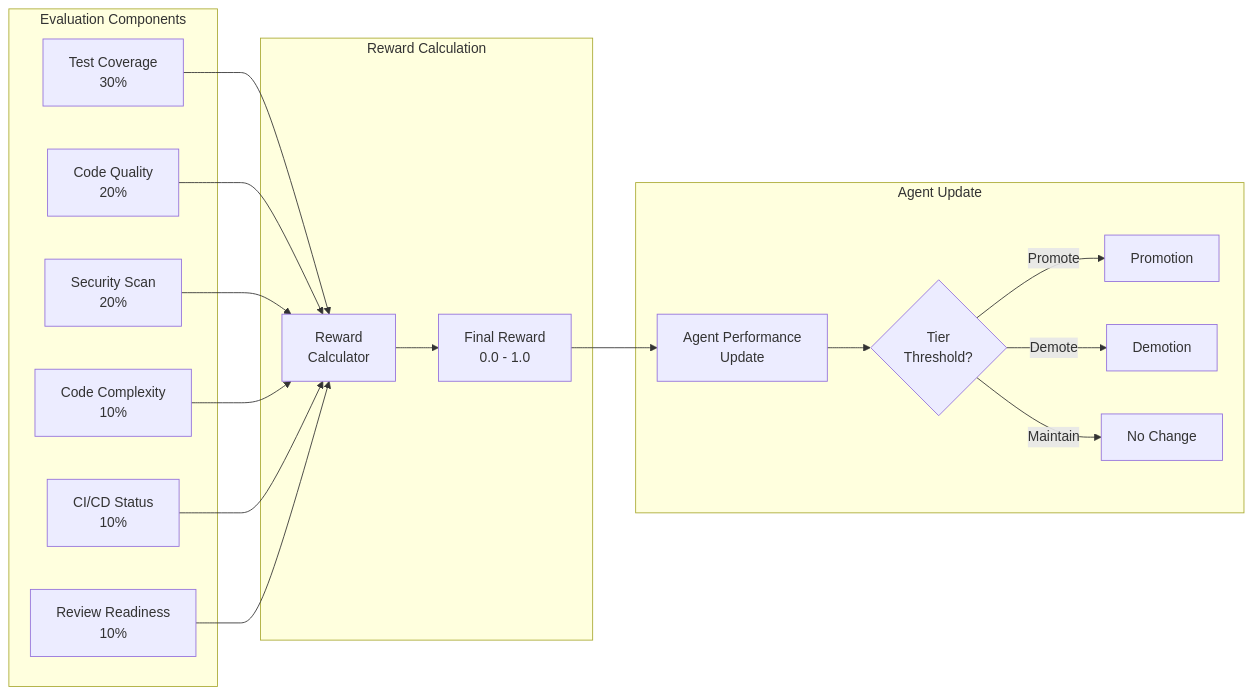
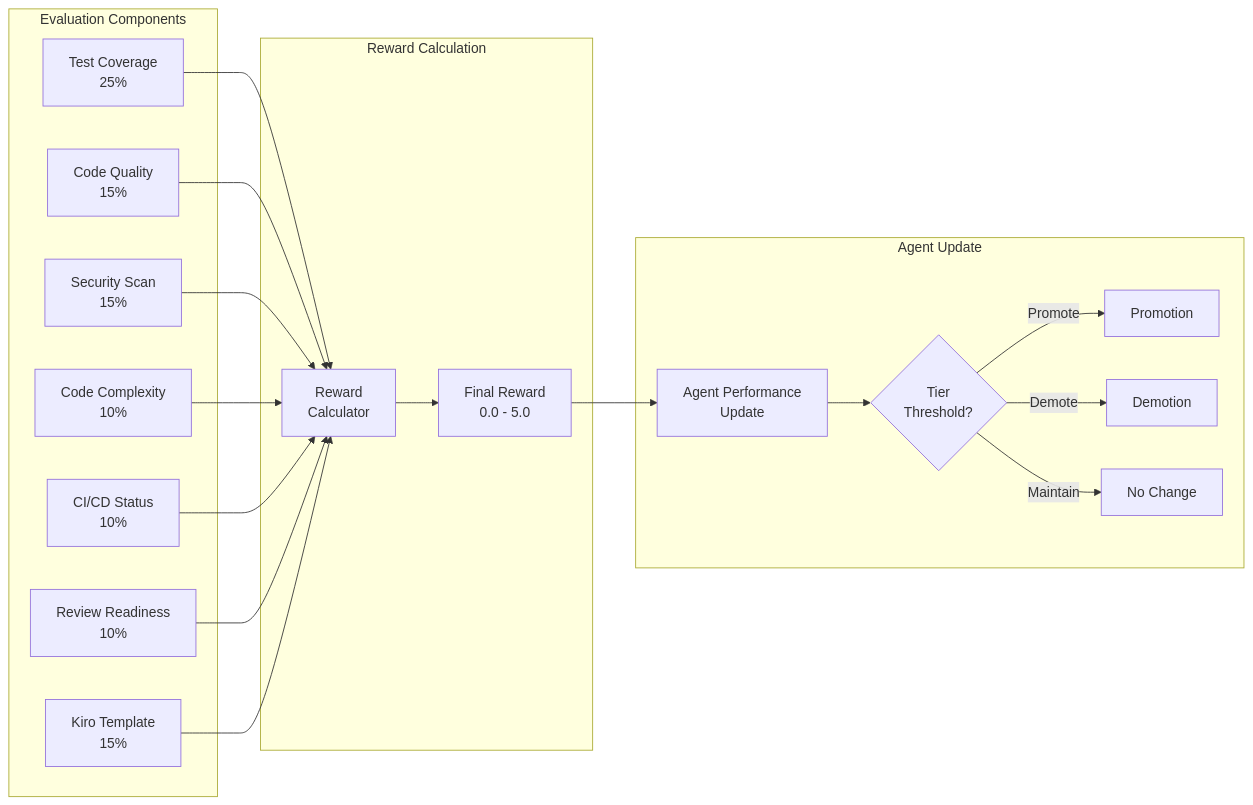
Before and after one commit to asifnawaz/claude-code-rlvr-spec-system: the fourth of 9 diagrams in ARCHITECTURE.md, drawn with Mermaid. The commit also changed other lines of this file and 69 other files, not shown here.

````diff
--- a/ARCHITECTURE.md
+++ b/ARCHITECTURE.md
@@ -165,29 +173,31 @@
 ```mermaid
 graph LR
     subgraph "Evaluation Components"
-        TC[Test Coverage<br/>30%]
-        CQ[Code Quality<br/>20%]
-        SS[Security Scan<br/>20%]
+        TC[Test Coverage<br/>25%]
+        CQ[Code Quality<br/>15%]
+        SS[Security Scan<br/>15%]
         CC[Code Complexity<br/>10%]
         CI[CI/CD Status<br/>10%]
         RR[Review Readiness<br/>10%]
+        KT[Kiro Template<br/>15%]
     end
 
     subgraph "Reward Calculation"
         TC --> RC[Reward<br/>Calculator]
         CQ --> RC
         SS --> RC
         CC --> RC
         CI --> RC
         RR --> RC
-        RC --> FR[Final Reward<br/>0.0 - 1.0]
+        KT --> RC
+        RC --> FR[Final Reward<br/>0.0 - 5.0]
     end
 
     subgraph "Agent Update"
         FR --> AP[Agent Performance<br/>Update]
         AP --> AT{Tier<br/>Threshold?}
         AT -->|Promote| PR[Promotion]
         AT -->|Demote| DM[Demotion]
         AT -->|Maintain| MT[No Change]
     end
 ```
````
